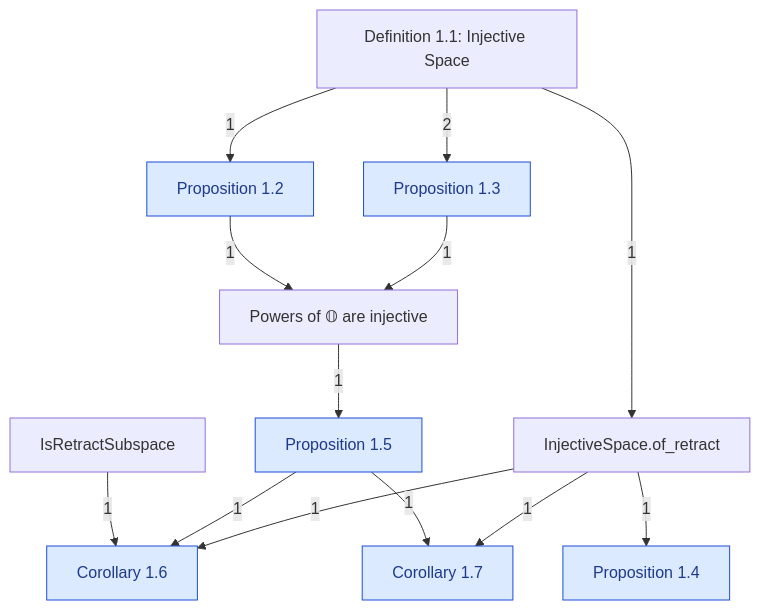
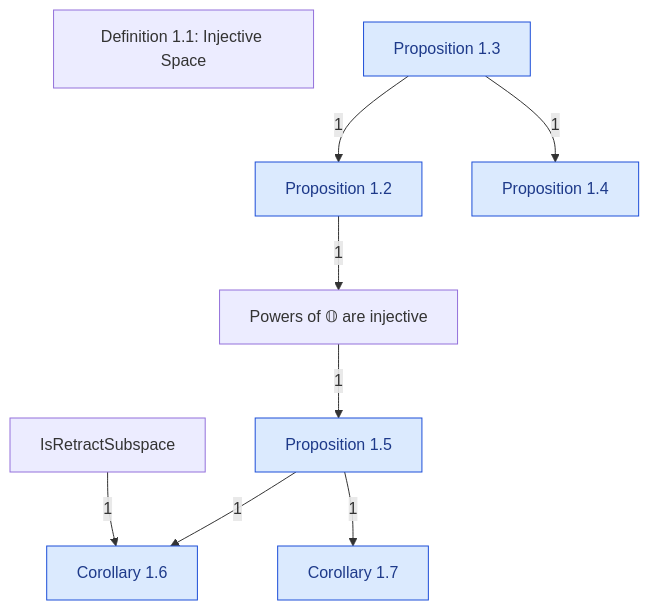
One commit to catskillsresearch/DomainTheory changed the diagram in DomainTheory/ContinuousLattice/Injective/Injective.mermaid. Above: the diagram before and after it, drawn with Mermaid. The commit also changed 18 other files, not shown here.

First line of the commit message:
Fold injective retract, product, and Sierpiński lemmas into InjectiveSpace.

```diff
--- a/DomainTheory/ContinuousLattice/Injective/Injective.mermaid
+++ b/DomainTheory/ContinuousLattice/Injective/Injective.mermaid
@@ -1,36 +1,30 @@
 %% Notes of section 1, injective spaces, in paper order.
 %% Each box is one outline note from 1972_Injective_spaces.md.
 %% Arrowhead on the importer. The number is a direct-import count.
 %% An arrow already implied by a longer path is omitted.
 %% Absolute retracts has no Lean files.
 flowchart TB
 
   C16["Corollary 1.6"]
   C17["Corollary 1.7"]
   D11["Definition 1.1: Injective Space"]
-  RTR["InjectiveSpace.of_retract"]
   IRS["IsRetractSubspace"]
   PO["Powers of 𝕆 are injective"]
   P12["Proposition 1.2"]
   P13["Proposition 1.3"]
   P14["Proposition 1.4"]
   P15["Proposition 1.5"]
 
   IRS -->|"1"| C16
   P15 -->|"1"| C16
-  RTR -->|"1"| C16
   P15 -->|"1"| C17
-  RTR -->|"1"| C17
-  D11 -->|"1"| P12
-  D11 -->|"2"| P13
-  RTR -->|"1"| P14
+  P13 -->|"1"| P12
+  P13 -->|"1"| P14
   PO -->|"1"| P15
   P12 -->|"1"| PO
-  P13 -->|"1"| PO
-  D11 -->|"1"| RTR
 
   classDef concept fill:#dcfce7,stroke:#15803d,color:#14532d
   classDef numbered fill:#dbeafe,stroke:#1d4ed8,color:#1e3a8a
   classDef definition fill:#fae8ff,stroke:#a21caf,color:#701a75
   class P12,P13,P14,P15 numbered
   class C16,C17 numbered
```
